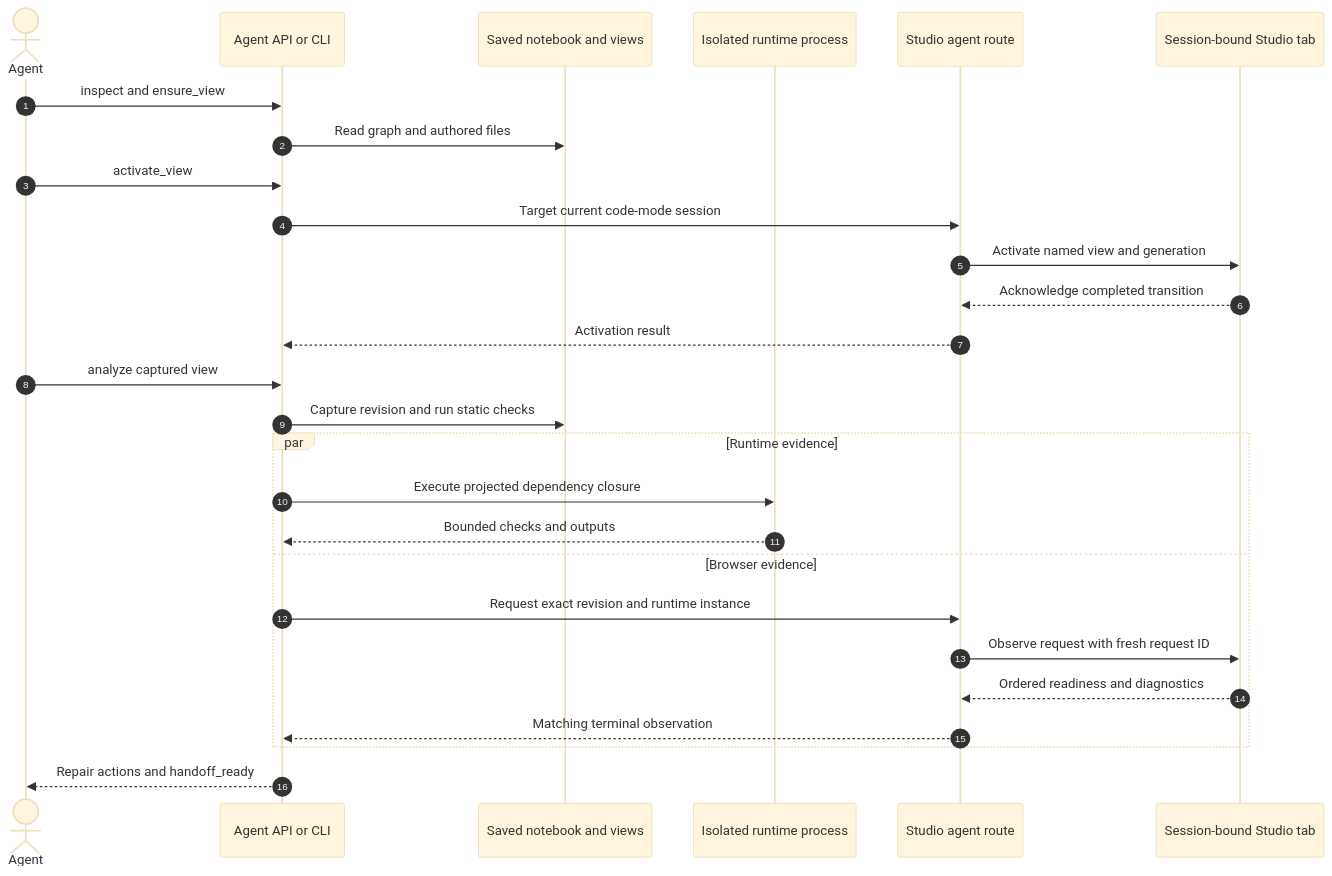
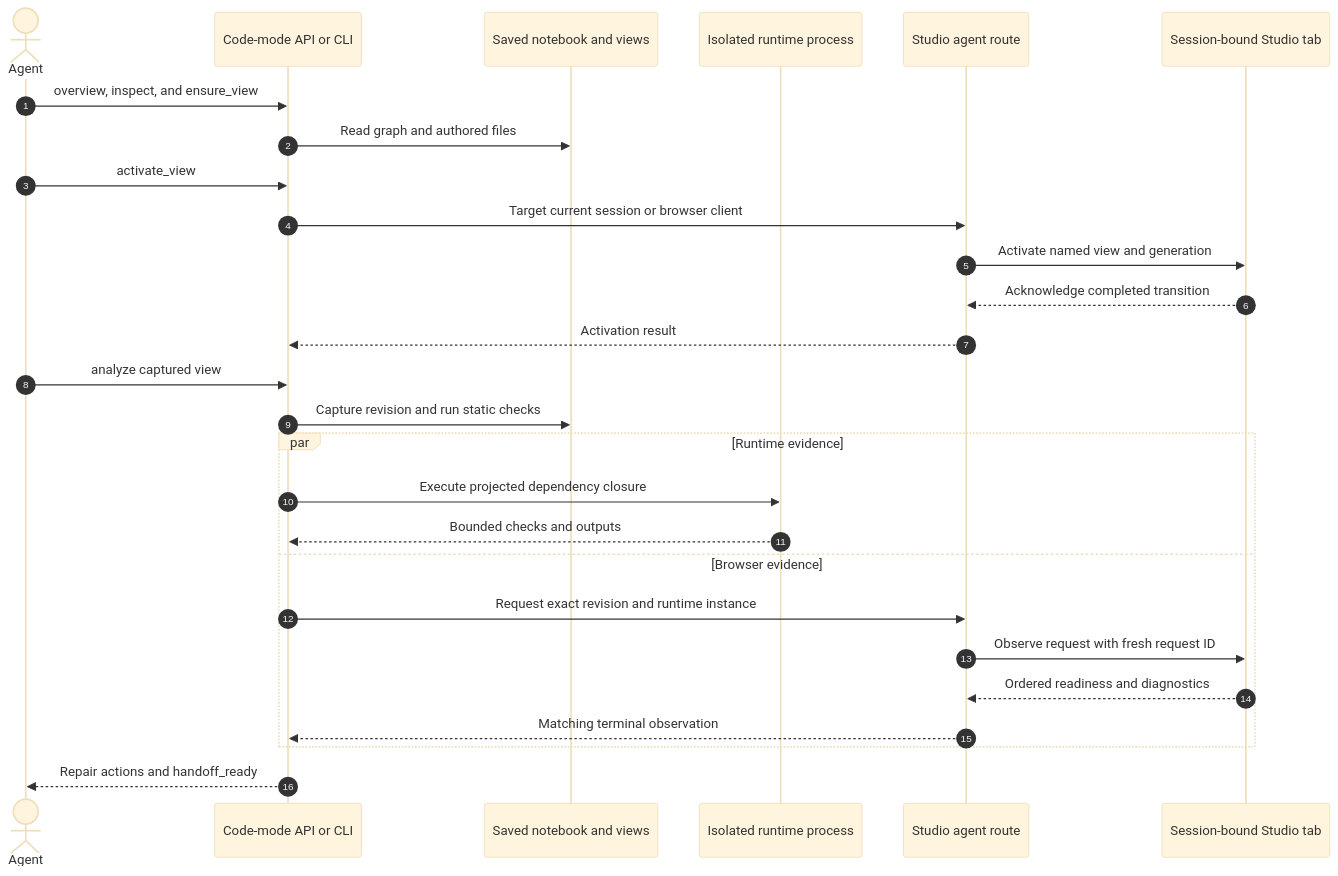
Before and after one commit to marimo-team/marimo-studio: the first of 2 diagrams in development_docs/architecture/agents-and-delivery.md, drawn with Mermaid (base theme). The commit also changed other lines of this file and 69 other files, not shown here.

````diff
--- a/development_docs/architecture/agents-and-delivery.md
+++ b/development_docs/architecture/agents-and-delivery.md
@@ -84,31 +119,31 @@
 ```mermaid
 sequenceDiagram
     autonumber
     actor Agent
-    participant API as Agent API or CLI
+    participant API as Code-mode API or CLI
     participant Source as Saved notebook and views
     participant Runtime as Isolated runtime process
     participant Server as Studio agent route
     participant Browser as Session-bound Studio tab
 
-    Agent->>API: inspect and ensure_view
+    Agent->>API: overview, inspect, and ensure_view
     API->>Source: Read graph and authored files
     Agent->>API: activate_view
-    API->>Server: Target current code-mode session
+    API->>Server: Target current session or browser client
     Server->>Browser: Activate named view and generation
     Browser-->>Server: Acknowledge completed transition
     Server-->>API: Activation result
 
     Agent->>API: analyze captured view
     API->>Source: Capture revision and run static checks
     par Runtime evidence
         API->>Runtime: Execute projected dependency closure
         Runtime-->>API: Bounded checks and outputs
     and Browser evidence
         API->>Server: Request exact revision and runtime instance
         Server->>Browser: Observe request with fresh request ID
         Browser-->>Server: Ordered readiness and diagnostics
         Server-->>API: Matching terminal observation
     end
     API-->>Agent: Repair actions and handoff_ready
 ```
````
